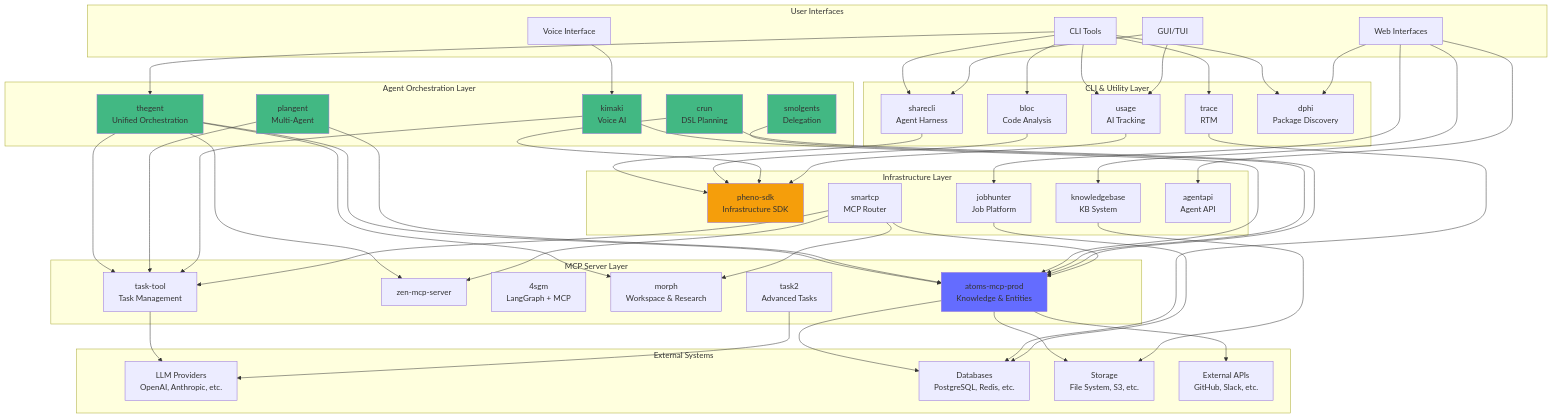
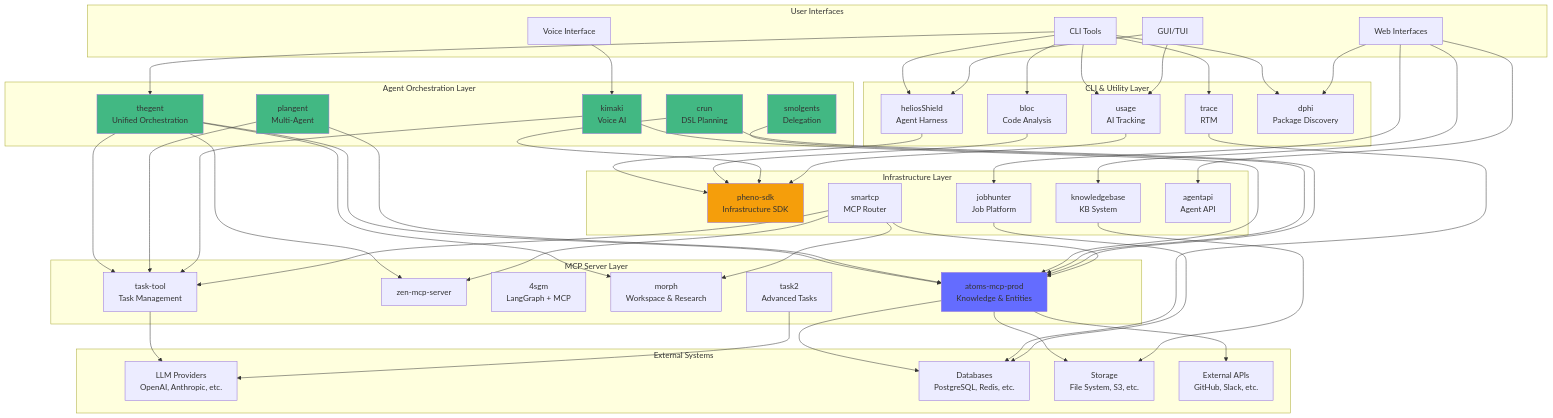
The first of 11 diagrams in docs/research/KUSH_ECOSYSTEM_ARCHITECTURE_DIAGRAM.md (KooshaPari/thegent), drawn with Mermaid before and after one commit. The commit also changed other lines of this file and 5855 other files, not shown here.

```diff
--- a/docs/research/KUSH_ECOSYSTEM_ARCHITECTURE_DIAGRAM.md
+++ b/docs/research/KUSH_ECOSYSTEM_ARCHITECTURE_DIAGRAM.md
@@ -45,7 +45,7 @@
     end
 
     subgraph "CLI & Utility Layer"
-        SHARECLI[sharecli<br/>Agent Harness]
+        heliosShield[heliosShield<br/>Agent Harness]
         BLOC[bloc<br/>Code Analysis]
         TRACE[trace<br/>RTM]
         USAGE[usage<br/>AI Tracking]
@@ -68,7 +68,7 @@
     end
 
     CLI --> THEGENT
-    CLI --> SHARECLI
+    CLI --> heliosShield
     CLI --> BLOC
     CLI --> TRACE
     CLI --> USAGE
@@ -81,7 +81,7 @@
     
     VOICE --> KIMAKI
     
-    GUI --> SHARECLI
+    GUI --> heliosShield
     GUI --> USAGE
 
     THEGENT --> ATOMS_MCP
@@ -98,7 +98,7 @@
     SMOLGENTS --> ATOMS_MCP
     CRUN --> ATOMS_MCP
     
-    SHARECLI --> PHENO_SDK
+    heliosShield --> PHENO_SDK
     BLOC --> PHENO_SDK
     CRUN --> PHENO_SDK
     USAGE --> PHENO_SDK
```
